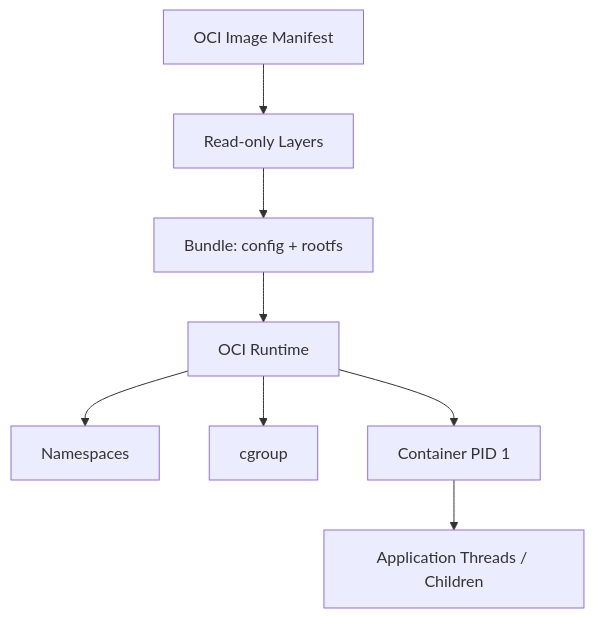
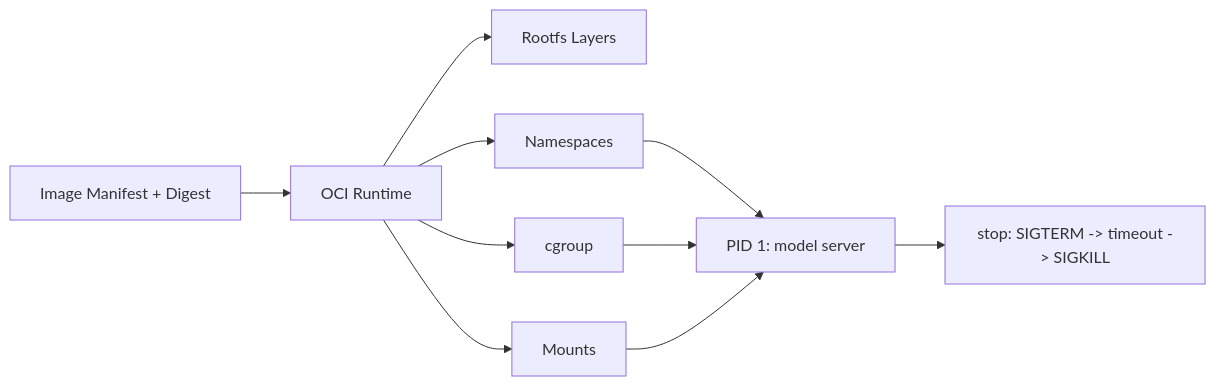
Before and after one commit to upJiang/jiang-blog-vitepress: the diagram in docs/devops/oci-container-runtime.md, drawn with Mermaid. The commit also changed other lines of this file and 190 other files, not shown here.

````diff
--- a/docs/devops/oci-container-runtime.md
+++ b/docs/devops/oci-container-runtime.md
@@ -33,10 +31,12 @@
 ```mermaid
-flowchart TD
-  I[OCI Image Manifest] --> L[Read-only Layers]
-  L --> B[Bundle: config + rootfs]
-  B --> R[OCI Runtime]
+flowchart LR
+  I[Image Manifest + Digest] --> R[OCI Runtime]
+  R --> F[Rootfs Layers]
   R --> N[Namespaces]
   R --> C[cgroup]
-  R --> P[Container PID 1]
-  P --> A[Application Threads / Children]
+  R --> M[Mounts]
+  N --> P[PID 1: model server]
+  C --> P
+  M --> P
+  P --> X[stop: SIGTERM -> timeout -> SIGKILL]
 ```
````
